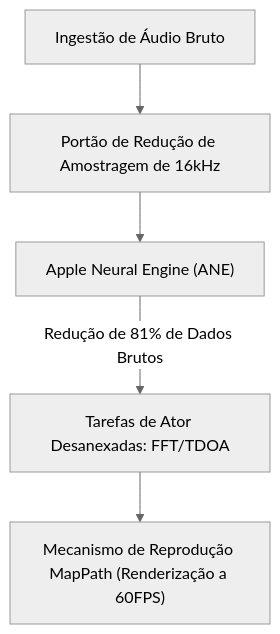
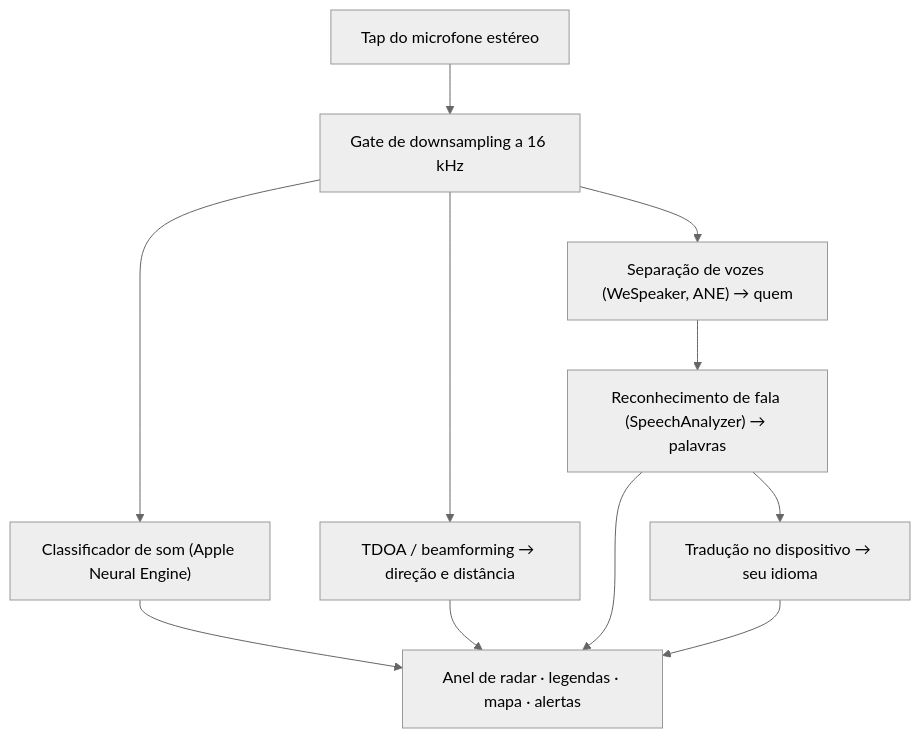
Before and after one commit to rpalm01-star/VigilantEarLegal: the diagram in README_pt-BR.md, drawn with Mermaid (neutral theme). The commit also changed other lines of this file and 6 other files, not shown here.

````diff
--- a/README_pt-BR.md
+++ b/README_pt-BR.md
@@ -39,7 +73,10 @@
 ```mermaid
 graph TD
-    A["Ingestão de Áudio Bruto"] --> B["Portão de Redução de Amostragem de 16kHz"]
-    B --> C["Apple Neural Engine (ANE)"]
-    C -- "Redução de 81% de Dados Brutos" --> D["Tarefas de Ator Desanexadas: FFT/TDOA"]
-    D --> E["Mecanismo de Reprodução MapPath (Renderização a 60FPS)"]
+    A["Tap do microfone estéreo"] --> B["Gate de downsampling a 16 kHz"]
+    B --> C["Classificador de som (Apple Neural Engine)"]
+    B --> D["TDOA / beamforming → direção e distância"]
+    B --> E["Separação de vozes (WeSpeaker, ANE) → quem"]
+    E --> F["Reconhecimento de fala (SpeechAnalyzer) → palavras"]
+    F --> G["Tradução no dispositivo → seu idioma"]
+    C & D & F & G --> H["Anel de radar · legendas · mapa · alertas"]
 ```
````
